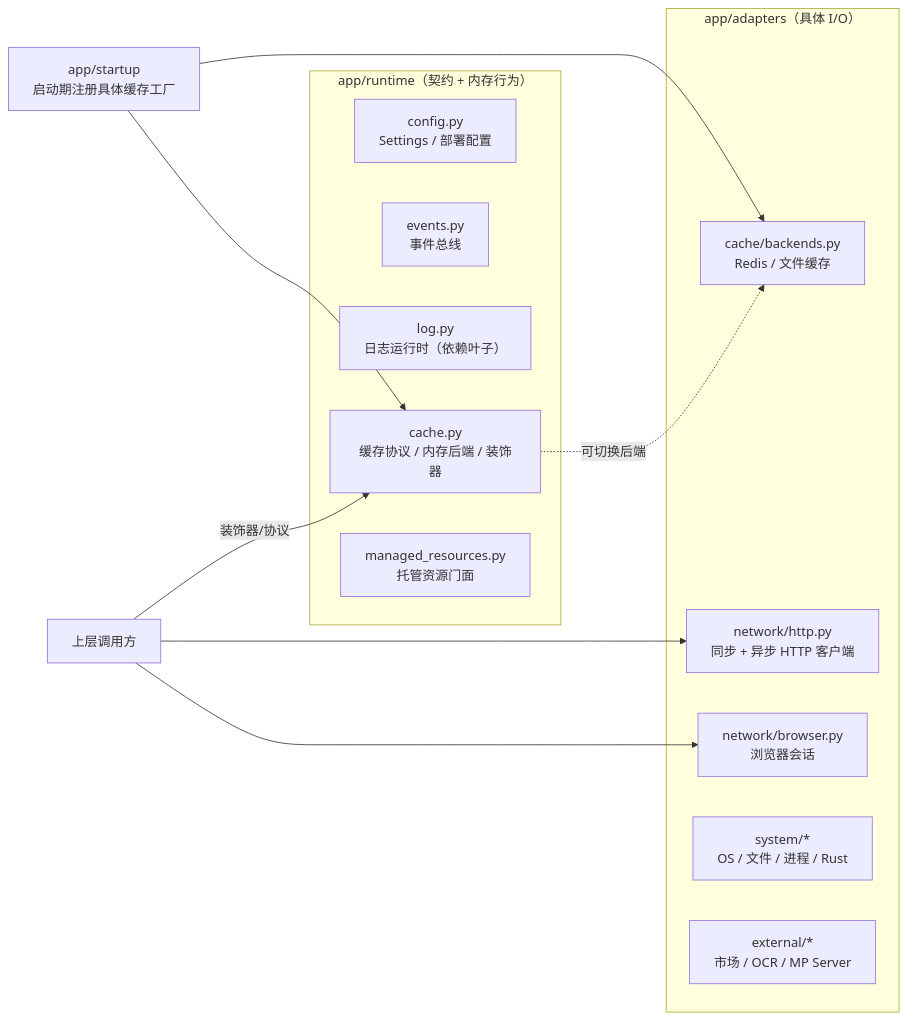
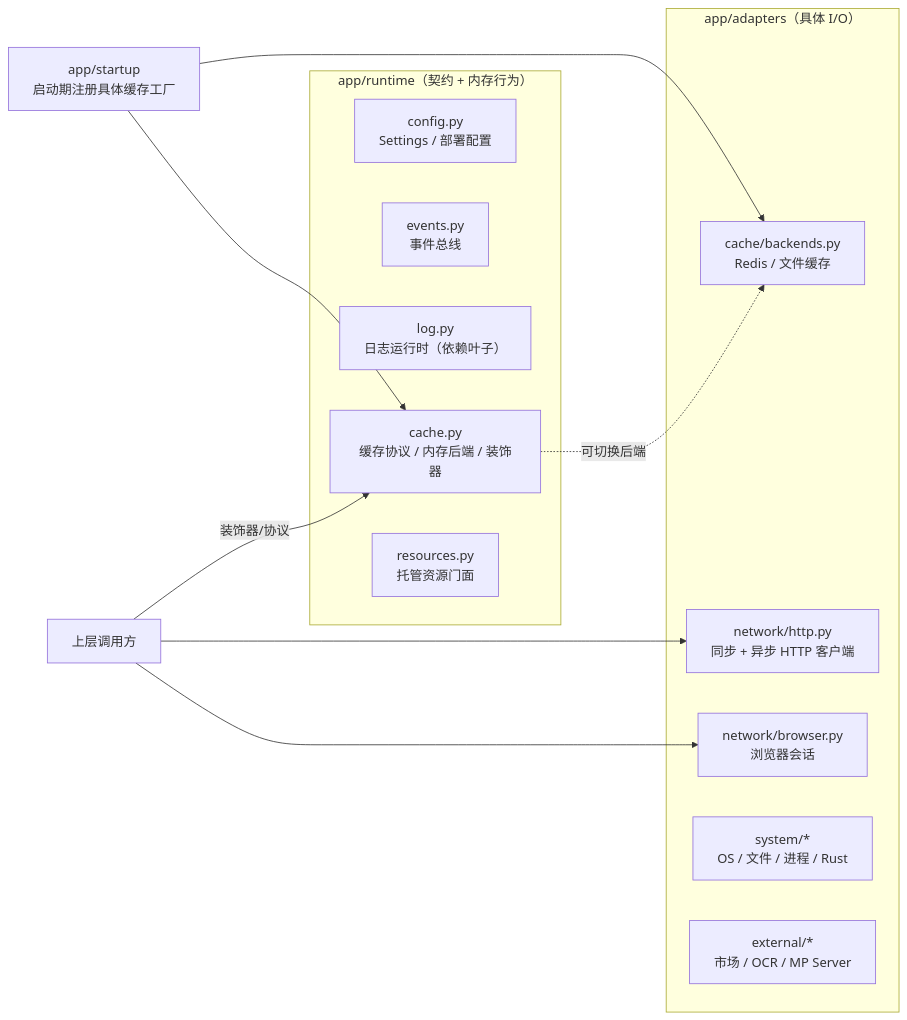
One commit to jxxghp/MoviePilot changed diagram 14 of 14 in docs/architecture-overview.md. Above: the diagram before and after it, drawn with Mermaid. The commit also changed other lines of this file and 84 other files, not shown here.

````diff
--- a/docs/architecture-overview.md
+++ b/docs/architecture-overview.md
@@ -627,27 +627,27 @@
 ```mermaid
 flowchart LR
     subgraph runtime["app/runtime（契约 + 内存行为）"]
         RC["config.py<br/>Settings / 部署配置"]
         RE["events.py<br/>事件总线"]
         RL["log.py<br/>日志运行时（依赖叶子）"]
         RCA["cache.py<br/>缓存协议 / 内存后端 / 装饰器"]
-        MR["managed_resources.py<br/>托管资源门面"]
+        MR["resources.py<br/>托管资源门面"]
     end
 
     subgraph adapters["app/adapters（具体 I/O）"]
         AC["cache/backends.py<br/>Redis / 文件缓存"]
         AN["network/http.py<br/>同步 + 异步 HTTP 客户端"]
         AB["network/browser.py<br/>浏览器会话"]
         AS["system/*<br/>OS / 文件 / 进程 / Rust"]
         AE["external/*<br/>市场 / OCR / MP Server"]
     end
 
     Startup["app/startup<br/>启动期注册具体缓存工厂"]
     Startup --> RCA
     Startup --> AC
 
     Caller["上层调用方"] -->|装饰器/协议| RCA
     RCA -.可切换后端.-> AC
     Caller --> AN
     Caller --> AB
 ```
````
